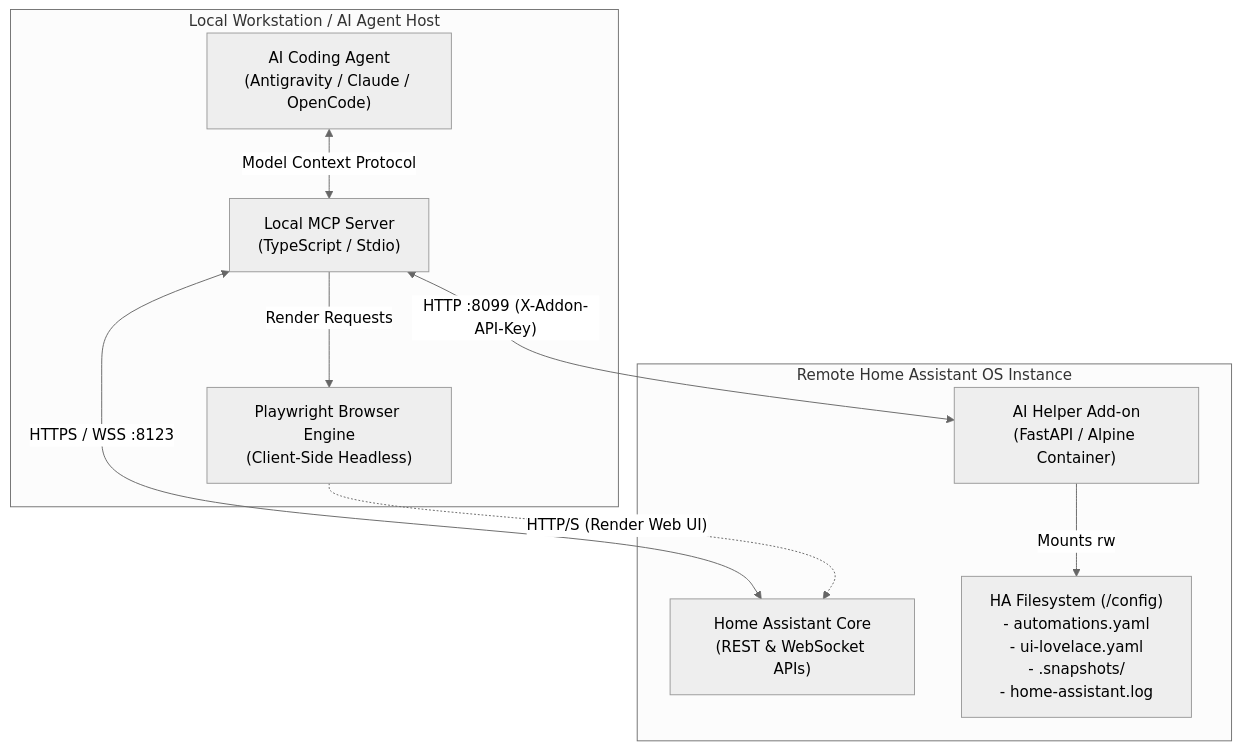
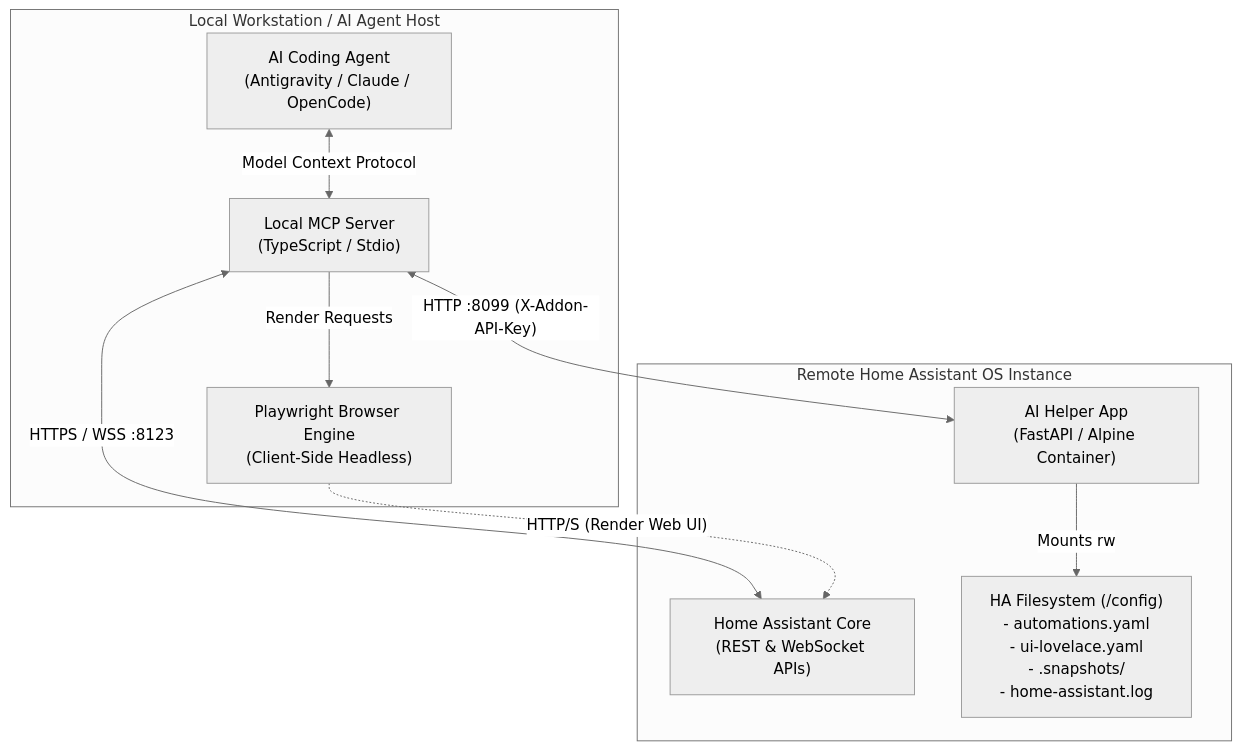
One commit to sergii-shevchenko-ultimaker/home-assistant-mcp changed the diagram in README.md. Above: the diagram before and after it, drawn with Mermaid (neutral theme). The commit also changed other lines of this file and 8 other files, not shown here.

````diff
--- a/README.md
+++ b/README.md
@@ -29,23 +29,23 @@
 ```mermaid
 flowchart TD
     subgraph Workstation["Local Workstation / AI Agent Host"]
         Agent["AI Coding Agent<br/>(Antigravity / Claude / OpenCode)"]
         MCPServer["Local MCP Server<br/>(TypeScript / Stdio)"]
         Renderer["Playwright Browser Engine<br/>(Client-Side Headless)"]
         
         Agent <-->|"Model Context Protocol"| MCPServer
         MCPServer -->|"Render Requests"| Renderer
     end
 
     subgraph HAHost["Remote Home Assistant OS Instance"]
         HACore["Home Assistant Core<br/>(REST & WebSocket APIs)"]
-        Addon["AI Helper Add-on<br/>(FastAPI / Alpine Container)"]
+        Addon["AI Helper App<br/>(FastAPI / Alpine Container)"]
         Storage["HA Filesystem (/config)<br/>- automations.yaml<br/>- ui-lovelace.yaml<br/>- .snapshots/<br/>- home-assistant.log"]
         
         Addon -->|"Mounts rw"| Storage
     end
 
     MCPServer <-->|"HTTPS / WSS :8123"| HACore
     MCPServer <-->|"HTTP :8099 (X-Addon-API-Key)"| Addon
     Renderer -.->|"HTTP/S (Render Web UI)"| HACore
 ```
````
